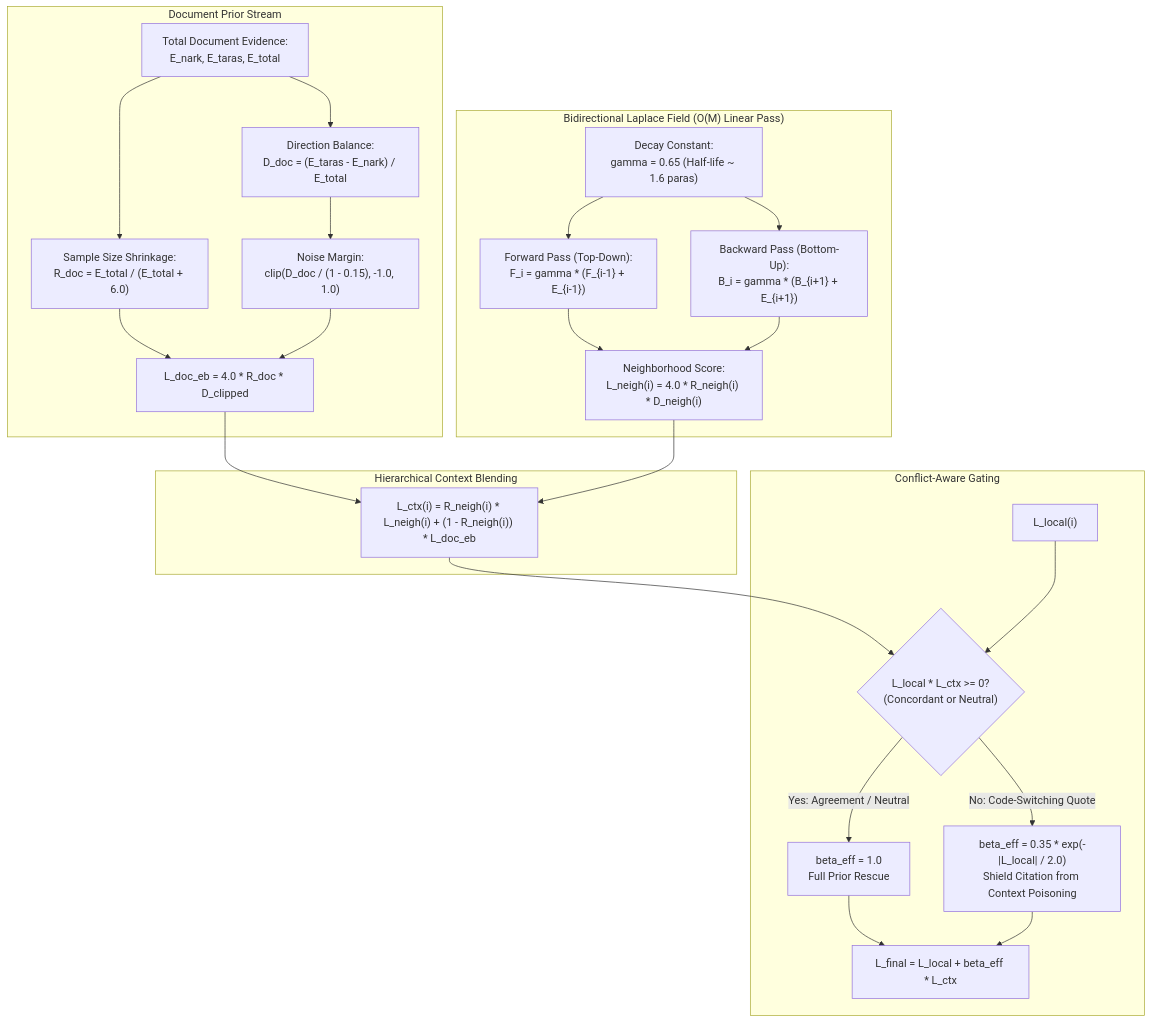
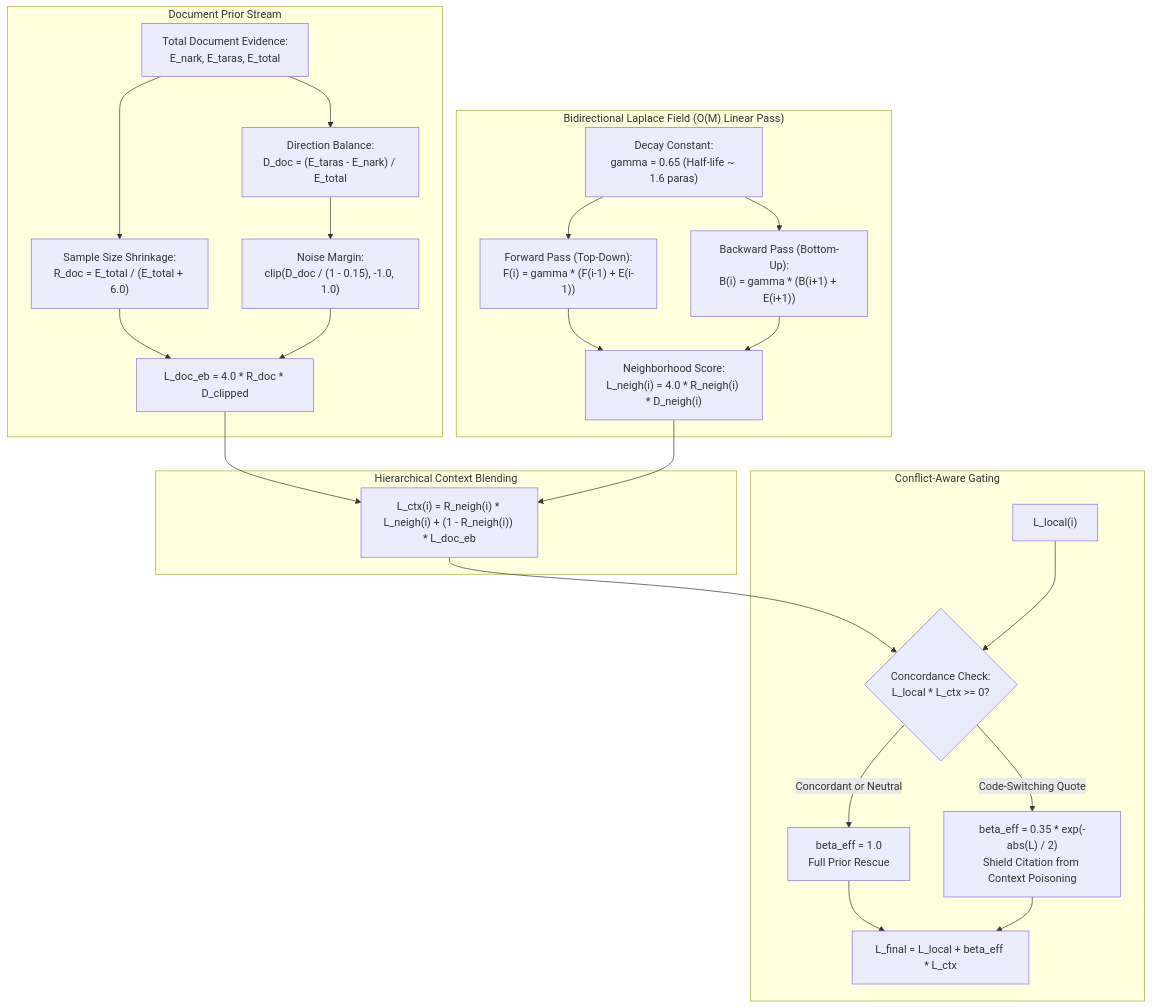
The third of 4 diagrams in docs/ARCHITECTURE.md (egraich/DualMova), drawn with Mermaid before and after one commit. The commit also changed other lines of this file and 1 other file, not shown here.

First line of the commit message:
fix(docs): sanitize Mermaid diagram syntax for GitHub renderer

````diff
--- a/docs/ARCHITECTURE.md
+++ b/docs/ARCHITECTURE.md
@@ -151,35 +151,35 @@
 ```mermaid
 flowchart TD
     subgraph Doc["Document Prior Stream"]
         Evidence["Total Document Evidence:<br/>E_nark, E_taras, E_total"]
         Balance["Direction Balance:<br/>D_doc = (E_taras - E_nark) / E_total"]
         Shrinkage["Sample Size Shrinkage:<br/>R_doc = E_total / (E_total + 6.0)"]
         NoiseClip["Noise Margin:<br/>clip(D_doc / (1 - 0.15), -1.0, 1.0)"]
         L_doc_eb["L_doc_eb = 4.0 * R_doc * D_clipped"]
         
         Evidence --> Balance & Shrinkage
         Balance --> NoiseClip
         Shrinkage & NoiseClip --> L_doc_eb
     end
 
     subgraph Laplace["Bidirectional Laplace Field (O(M) Linear Pass)"]
-        Forward["Forward Pass (Top-Down):<br/>F_i = gamma * (F_{i-1} + E_{i-1})"]
-        Backward["Backward Pass (Bottom-Up):<br/>B_i = gamma * (B_{i+1} + E_{i+1})"]
+        Forward["Forward Pass (Top-Down):<br/>F(i) = gamma * (F(i-1) + E(i-1))"]
+        Backward["Backward Pass (Bottom-Up):<br/>B(i) = gamma * (B(i+1) + E(i+1))"]
         Decay["Decay Constant:<br/>gamma = 0.65 (Half-life ~ 1.6 paras)"]
         NeighScore["Neighborhood Score:<br/>L_neigh(i) = 4.0 * R_neigh(i) * D_neigh(i)"]
         
         Decay --> Forward & Backward
         Forward & Backward --> NeighScore
     end
 
     subgraph Blend["Hierarchical Context Blending"]
         L_doc_eb & NeighScore --> L_ctx["L_ctx(i) = R_neigh(i) * L_neigh(i) + (1 - R_neigh(i)) * L_doc_eb"]
     end
 
     subgraph Gate["Conflict-Aware Gating"]
-        L_ctx & Local["L_local(i)"] --> DotCheck{"L_local * L_ctx >= 0?<br/>(Concordant or Neutral)"}
-        DotCheck -->|Yes: Agreement / Neutral| BetaOne["beta_eff = 1.0<br/>Full Prior Rescue"]
-        DotCheck -->|No: Code-Switching Quote| BetaDamp["beta_eff = 0.35 * exp(-|L_local| / 2.0)<br/>Shield Citation from Context Poisoning"]
+        L_ctx & Local["L_local(i)"] --> DotCheck{"Concordance Check:<br/>L_local * L_ctx >= 0?"}
+        DotCheck -->|Concordant or Neutral| BetaOne["beta_eff = 1.0<br/>Full Prior Rescue"]
+        DotCheck -->|Code-Switching Quote| BetaDamp["beta_eff = 0.35 * exp(-abs(L) / 2)<br/>Shield Citation from Context Poisoning"]
         BetaOne & BetaDamp --> L_final["L_final = L_local + beta_eff * L_ctx"]
     end
 ```
````
